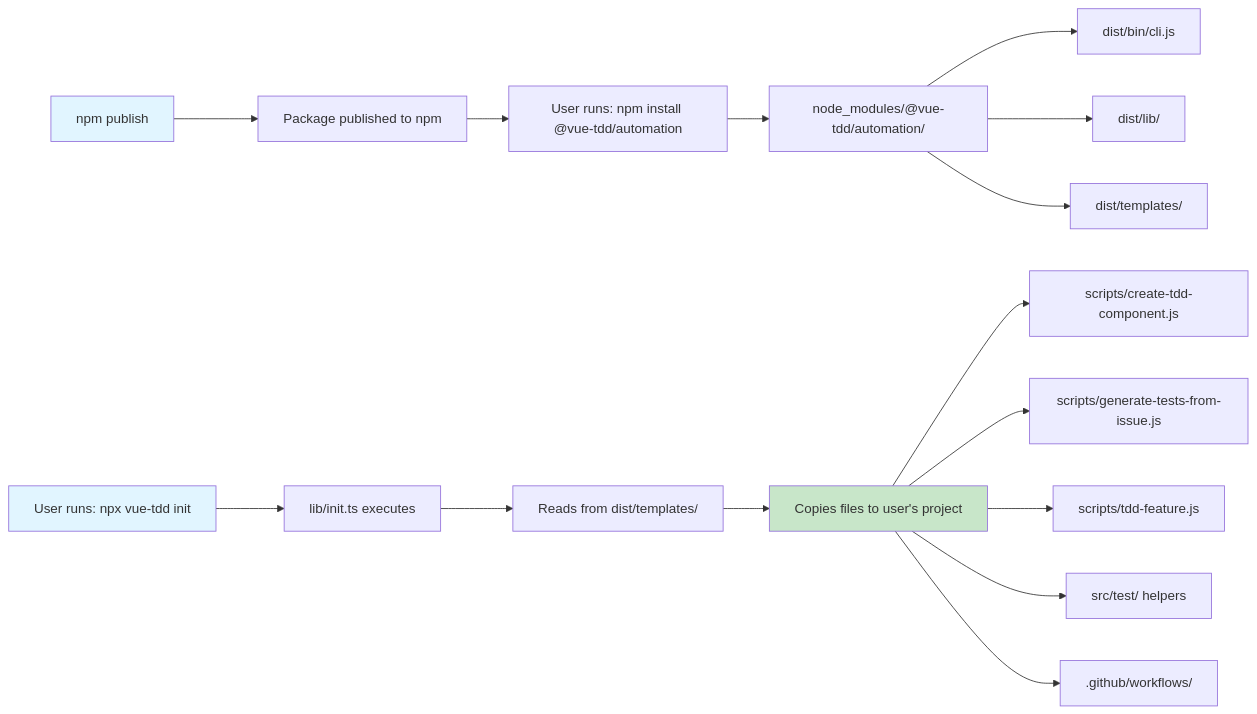
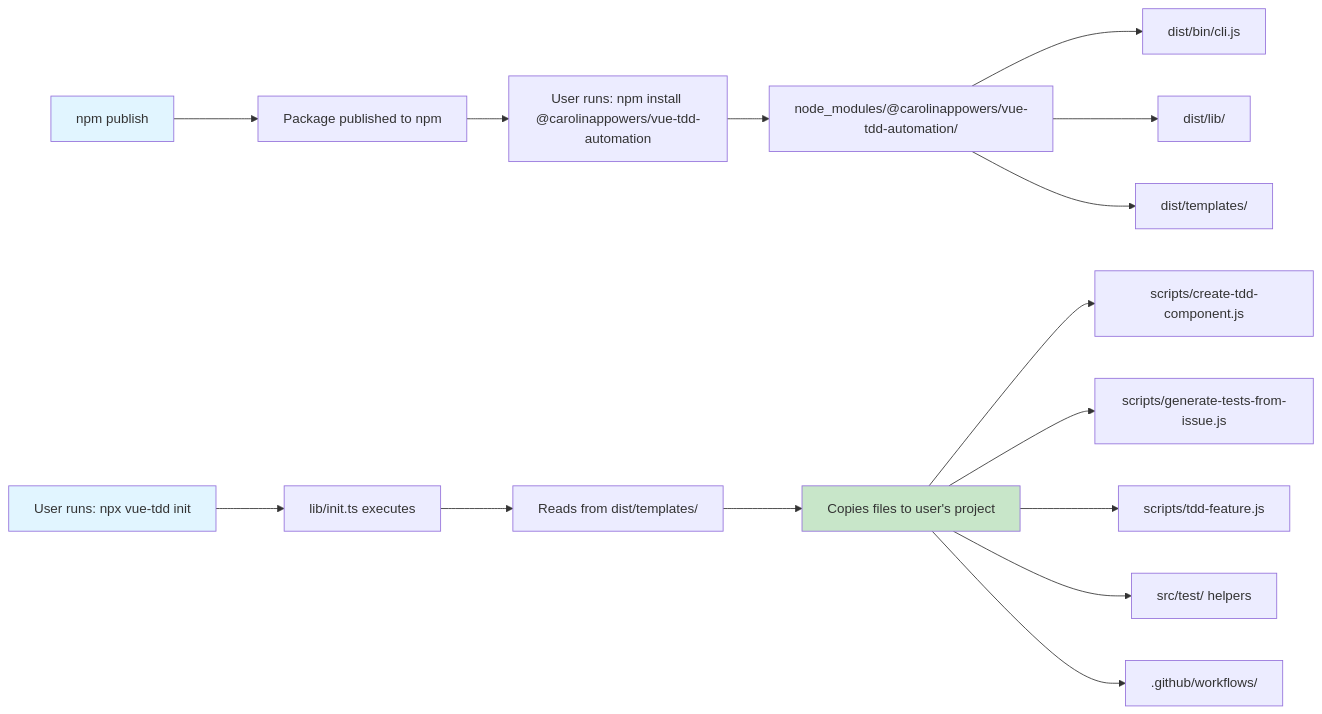
Before and after one commit to carolinapowers/vue-tdd-automation: the second of 4 diagrams in docs/ARCHITECTURE.md, drawn with Mermaid. The commit also changed 16 other files, not shown here.

````diff
--- a/docs/ARCHITECTURE.md
+++ b/docs/ARCHITECTURE.md
@@ -126,24 +126,24 @@
 ```mermaid
 graph LR
     A[npm publish] --> B[Package published to npm]
-    B --> C["User runs: npm install @vue-tdd/automation"]
-    C --> D["node_modules/@vue-tdd/automation/"]
+    B --> C["User runs: npm install @carolinappowers/vue-tdd-automation"]
+    C --> D["node_modules/@carolinappowers/vue-tdd-automation/"]
 
     D --> E[dist/bin/cli.js]
     D --> F[dist/lib/]
     D --> G[dist/templates/]
 
     H[User runs: npx vue-tdd init] --> I[lib/init.ts executes]
     I --> J[Reads from dist/templates/]
     J --> K[Copies files to user's project]
 
     K --> L[scripts/create-tdd-component.js]
     K --> M[scripts/generate-tests-from-issue.js]
     K --> N[scripts/tdd-feature.js]
     K --> O[src/test/ helpers]
     K --> P[.github/workflows/]
 
     style A fill:#e1f5ff
     style H fill:#e1f5ff
     style K fill:#c8e6c9
 ```
````
